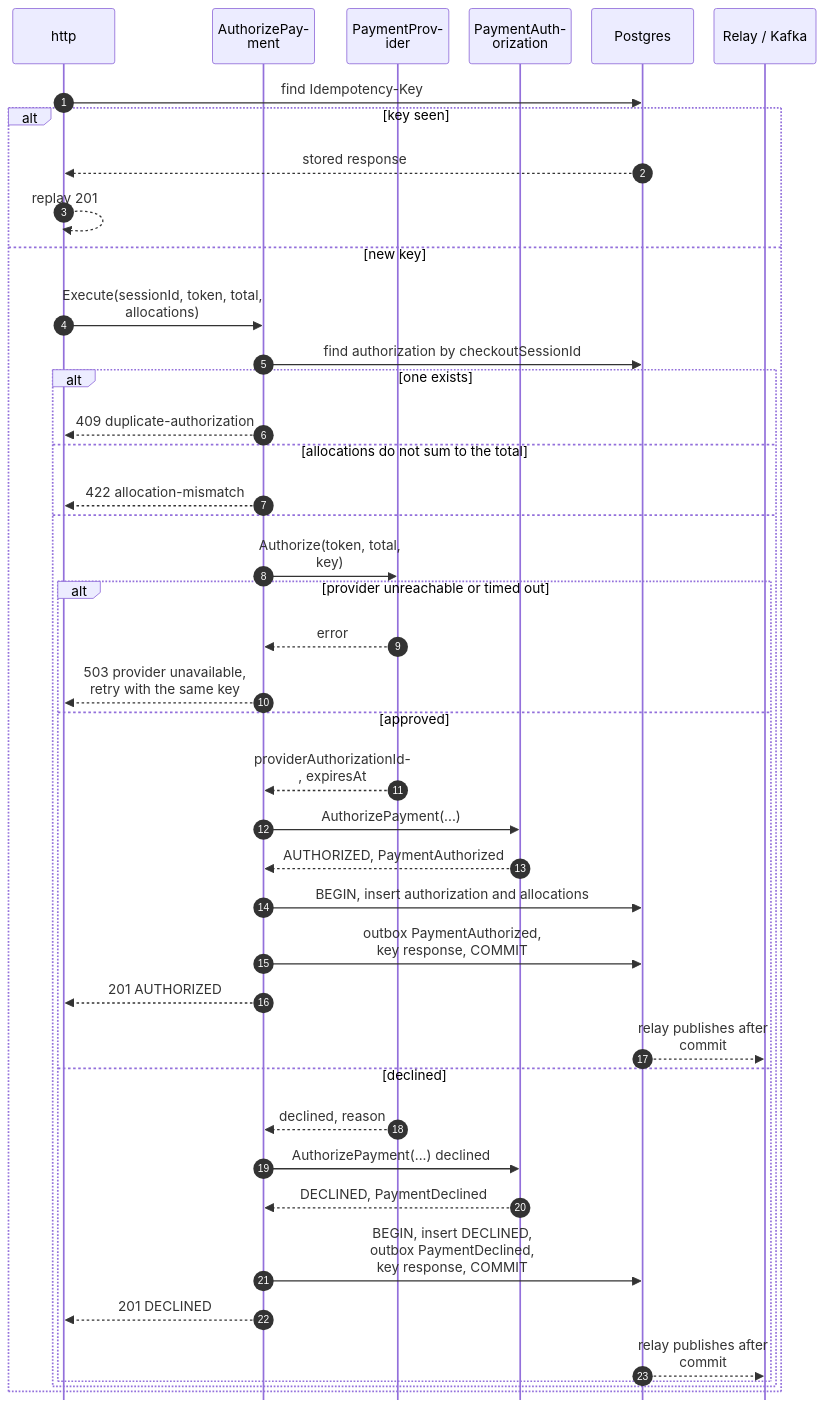
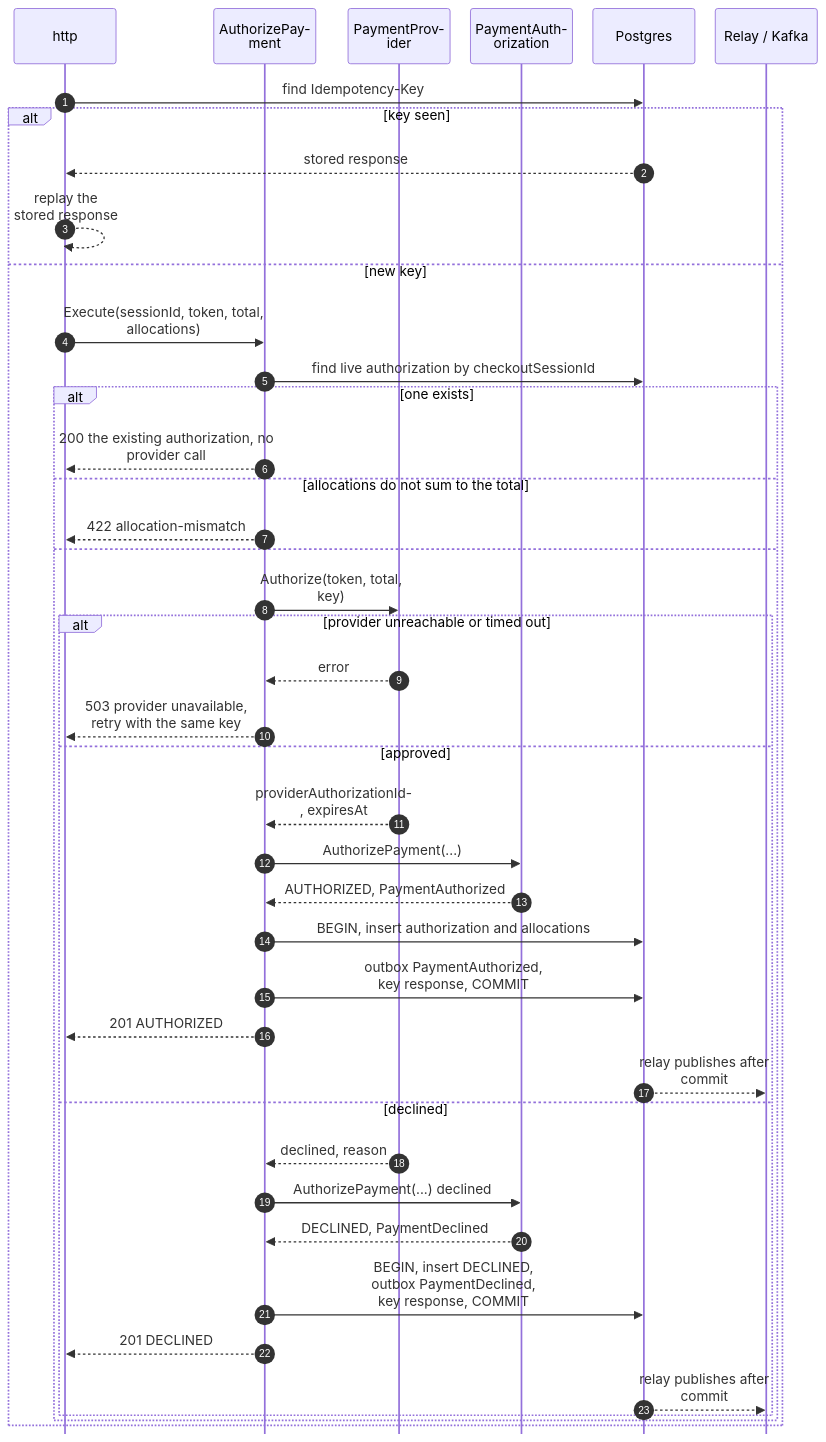
The first of 8 diagrams in storefront/docs/contexts/customer-payments/sequence-diagrams.md (IQVO/warehouse-docs), drawn with Mermaid before and after one commit. The commit also changed other lines of this file and 12 other files, not shown here.

Commit message:
docs(storefront): customer-payments pack follows the ruling (sequential second authorize is 200, duplicate-authorization only on the concurrent race) and current void route

````diff
--- a/storefront/docs/contexts/customer-payments/sequence-diagrams.md
+++ b/storefront/docs/contexts/customer-payments/sequence-diagrams.md
@@ -40,45 +40,45 @@
 ```mermaid
 %%{init: {"sequence": {"wrap": true, "width": 120, "actorMargin": 24, "messageMargin": 28, "boxMargin": 6, "noteMargin": 6, "mirrorActors": false}}}%%
 sequenceDiagram
     autonumber
     participant H as http
     participant UC as AuthorizePayment
     participant P as PaymentProvider
     participant A as PaymentAuthorization
     participant DB as Postgres
     participant K as Relay / Kafka
     H->>DB: find Idempotency-Key
     alt key seen
         DB-->>H: stored response
-        H-->>H: replay 201
+        H-->>H: replay the stored response
     else new key
         H->>UC: Execute(sessionId, token, total, allocations)
-        UC->>DB: find authorization by checkoutSessionId
+        UC->>DB: find live authorization by checkoutSessionId
         alt one exists
-            UC-->>H: 409 duplicate-authorization
+            UC-->>H: 200 the existing authorization, no provider call
         else allocations do not sum to the total
             UC-->>H: 422 allocation-mismatch
         else
             UC->>P: Authorize(token, total, key)
             alt provider unreachable or timed out
                 P-->>UC: error
                 UC-->>H: 503 provider unavailable,<br/>retry with the same key
             else approved
                 P-->>UC: providerAuthorizationId, expiresAt
                 UC->>A: AuthorizePayment(...)
                 A-->>UC: AUTHORIZED, PaymentAuthorized
                 UC->>DB: BEGIN, insert authorization and allocations
                 UC->>DB: outbox PaymentAuthorized,<br/>key response, COMMIT
                 UC-->>H: 201 AUTHORIZED
                 DB-->>K: relay publishes after commit
             else declined
                 P-->>UC: declined, reason
                 UC->>A: AuthorizePayment(...) declined
                 A-->>UC: DECLINED, PaymentDeclined
                 UC->>DB: BEGIN, insert DECLINED,<br/>outbox PaymentDeclined,<br/>key response, COMMIT
                 UC-->>H: 201 DECLINED
                 DB-->>K: relay publishes after commit
             end
         end
     end
 ```
````
